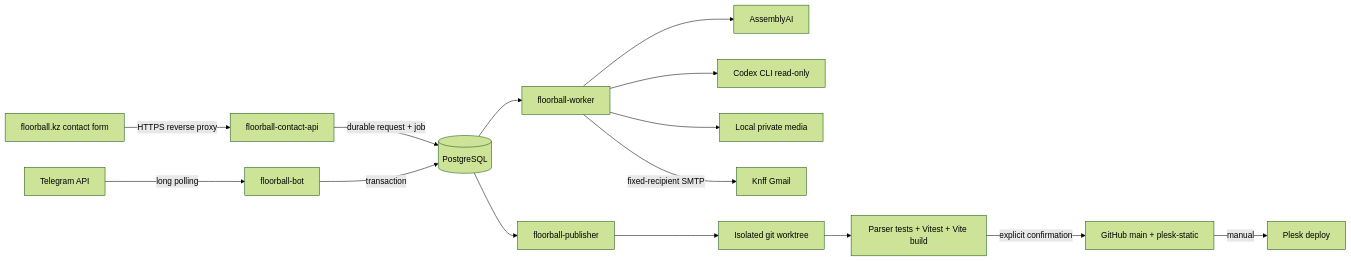
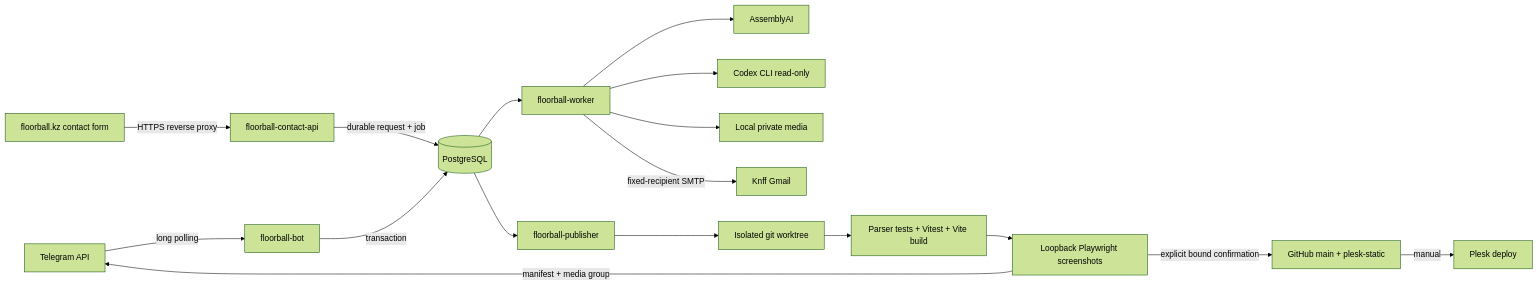
The diagram in docs/ARCHITECTURE.md (mrMoses2000/floorball-content-bot), drawn with Mermaid (forest theme) before and after one commit. The commit also changed other lines of this file and 14 other files, not shown here.

Commit message:
feat: add manifest-bound visual publication previews

````diff
--- a/docs/ARCHITECTURE.md
+++ b/docs/ARCHITECTURE.md
@@ -13,17 +13,19 @@
 ```mermaid
 flowchart LR
   TG[Telegram API] -->|long polling| BOT[floorball-bot]
   SITE[floorball.kz contact form] -->|HTTPS reverse proxy| CONTACT[floorball-contact-api]
   CONTACT -->|durable request + job| PG
   BOT -->|transaction| PG[(PostgreSQL)]
   PG --> WORKER[floorball-worker]
   WORKER --> AAI[AssemblyAI]
   WORKER --> CODEX[Codex CLI read-only]
   WORKER --> MEDIA[Local private media]
   WORKER -->|fixed-recipient SMTP| MAIL[Knff Gmail]
   PG --> PUB[floorball-publisher]
   PUB --> WT[Isolated git worktree]
   WT --> TESTS[Parser tests + Vitest + Vite build]
-  TESTS -->|explicit confirmation| GH[GitHub main + plesk-static]
+  TESTS --> SHOTS[Loopback Playwright screenshots]
+  SHOTS -->|manifest + media group| TG
+  SHOTS -->|explicit bound confirmation| GH[GitHub main + plesk-static]
   GH -->|manual| PLESK[Plesk deploy]
 ```
````
